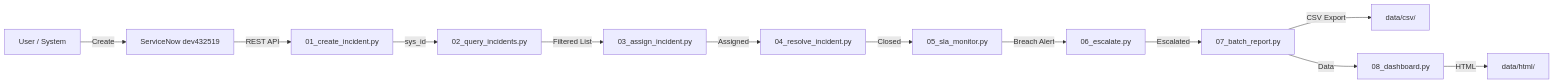
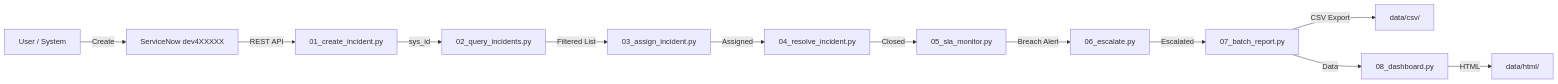
The diagram in architecture/data-flow.md (koate-kpai/servicenow-incident-mgmt-api), drawn with Mermaid before and after one commit. The commit also changed 2 other files, not shown here.

Commit message:
docs: anonymise ServiceNow dev instance URL (dev432519 -> dev4XXXXX)

````diff
--- a/architecture/data-flow.md
+++ b/architecture/data-flow.md
@@ -3,14 +3,14 @@
 ```mermaid
 graph LR
-    User[User / System] -->|Create| SN[ServiceNow dev432519]
+    User[User / System] -->|Create| SN[ServiceNow dev4XXXXX]
     SN -->|REST API| Script1[01_create_incident.py]
     Script1 -->|sys_id| Script2[02_query_incidents.py]
     Script2 -->|Filtered List| Script3[03_assign_incident.py]
     Script3 -->|Assigned| Script4[04_resolve_incident.py]
     Script4 -->|Closed| Script5[05_sla_monitor.py]
     Script5 -->|Breach Alert| Script6[06_escalate.py]
     Script6 -->|Escalated| Script7[07_batch_report.py]
     Script7 -->|CSV Export| CSV[data/csv/]
     Script7 -->|Data| Script8[08_dashboard.py]
     Script8 -->|HTML| HTML[data/html/]
 ```
````
